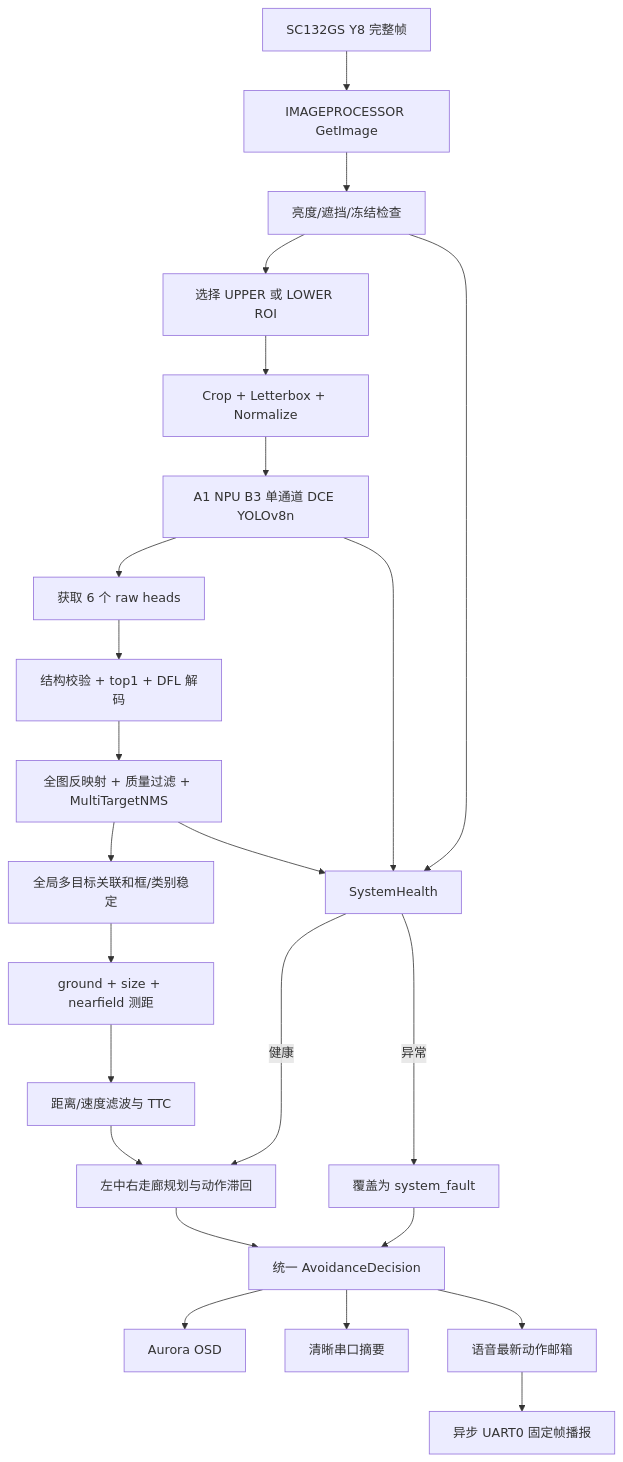
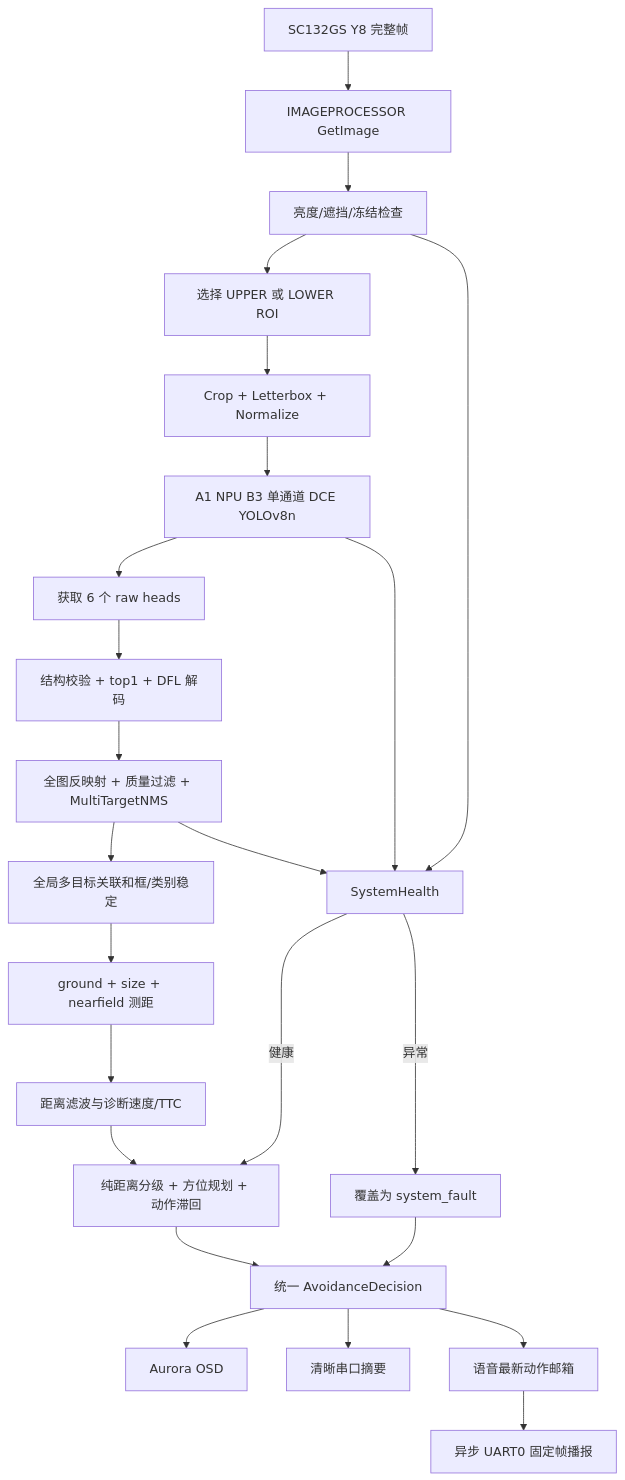
One commit to daiyonglin/graynav-obstacle-detect changed the diagram in board/obstacle_detect/docs/GrayNav_Core_Code_Implementation_Guide.md. Above: the diagram before and after it, drawn with Mermaid. The commit also changed other lines of this file, not shown here.

Commit message:
docs: describe staged distance guidance flow

````diff
--- a/board/obstacle_detect/docs/GrayNav_Core_Code_Implementation_Guide.md
+++ b/board/obstacle_detect/docs/GrayNav_Core_Code_Implementation_Guide.md
@@ -522,26 +521,26 @@
 ```mermaid
 flowchart TD
     A[SC132GS Y8 完整帧] --> B[IMAGEPROCESSOR GetImage]
     B --> C[亮度/遮挡/冻结检查]
     C --> D[选择 UPPER 或 LOWER ROI]
     D --> E[Crop + Letterbox + Normalize]
     E --> F[A1 NPU B3 单通道 DCE YOLOv8n]
     F --> G[获取 6 个 raw heads]
     G --> H[结构校验 + top1 + DFL 解码]
     H --> I[全图反映射 + 质量过滤 + MultiTargetNMS]
     I --> J[全局多目标关联和框/类别稳定]
     J --> K[ground + size + nearfield 测距]
-    K --> L[距离/速度滤波与 TTC]
-    L --> M[左中右走廊规划与动作滞回]
+    K --> L[距离滤波与诊断速度/TTC]
+    L --> M[纯距离分级 + 方位规划 + 动作滞回]
     C --> N[SystemHealth]
     F --> N
     I --> N
     N -->|健康| M
     N -->|异常| O[覆盖为 system_fault]
     M --> P[统一 AvoidanceDecision]
     O --> P
     P --> Q[Aurora OSD]
     P --> R[清晰串口摘要]
     P --> S[语音最新动作邮箱]
     S --> T[异步 UART0 固定帧播报]
 ```
````
